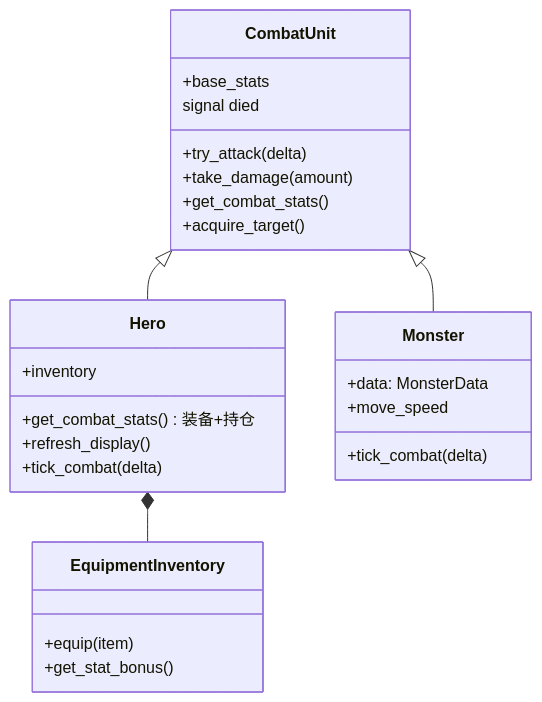
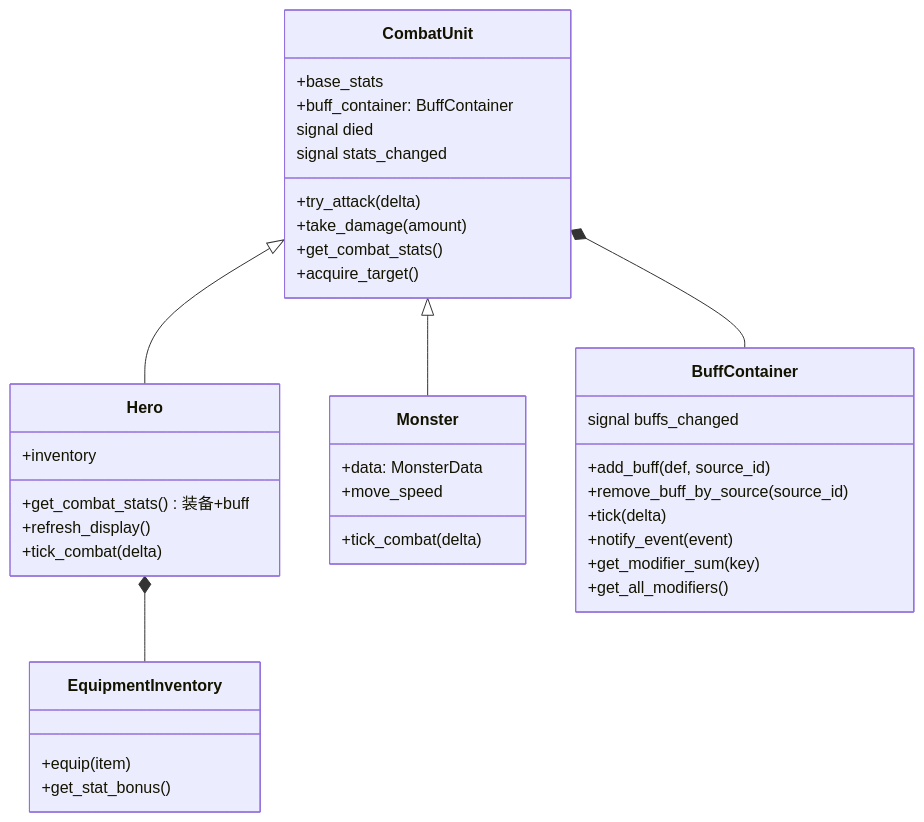
Before and after one commit to yolk-l/free-fight: the first of 2 diagrams in docs/knowledge/03-战斗系统.md, drawn with Mermaid. The commit also changed other lines of this file and 81 other files, not shown here.

````diff
--- a/docs/knowledge/03-战斗系统.md
+++ b/docs/knowledge/03-战斗系统.md
@@ -24,29 +25,41 @@
 ```mermaid
 classDiagram
     class CombatUnit {
         +base_stats
+        +buff_container: BuffContainer
         +try_attack(delta)
         +take_damage(amount)
         +get_combat_stats()
         +acquire_target()
         signal died
+        signal stats_changed
     }
     class Hero {
         +inventory
-        +get_combat_stats() 装备+持仓
+        +get_combat_stats() 装备+buff
         +refresh_display()
         +tick_combat(delta)
     }
     class Monster {
         +data: MonsterData
         +move_speed
         +tick_combat(delta)
     }
+    class BuffContainer {
+        +add_buff(def, source_id)
+        +remove_buff_by_source(source_id)
+        +tick(delta)
+        +notify_event(event)
+        +get_modifier_sum(key)
+        +get_all_modifiers()
+        signal buffs_changed
+    }
     class EquipmentInventory {
         +equip(item)
         +get_stat_bonus()
     }
     CombatUnit <|-- Hero
     CombatUnit <|-- Monster
+    CombatUnit *-- BuffContainer
     Hero *-- EquipmentInventory
 ```
````
